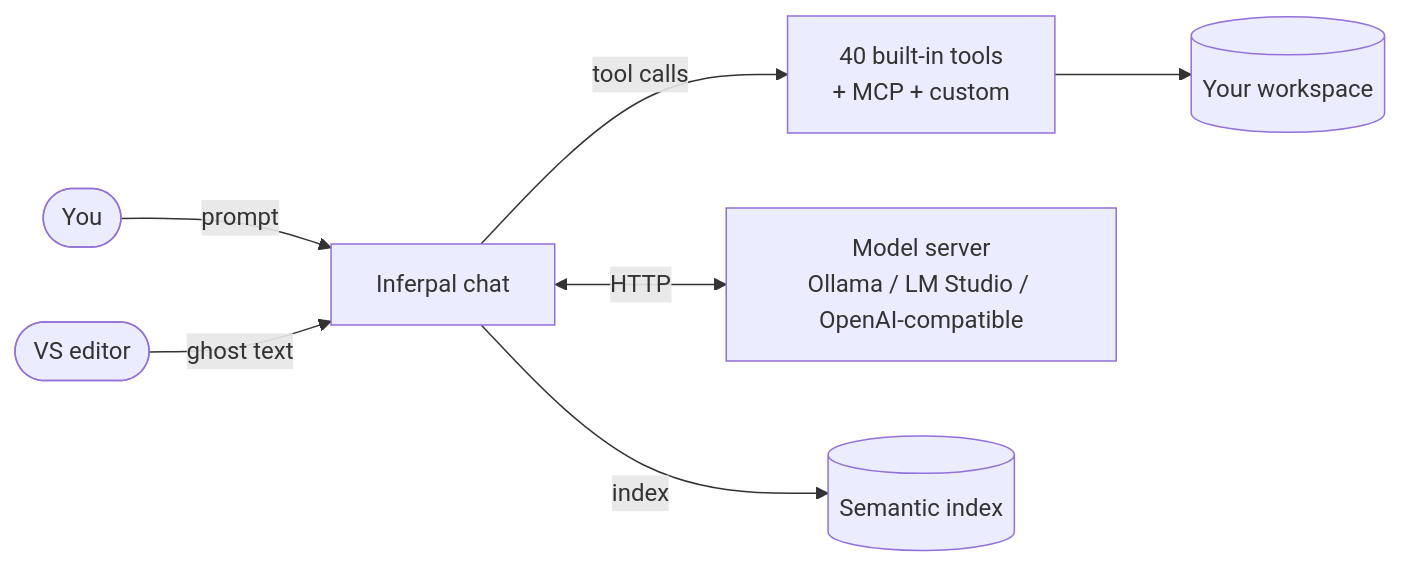
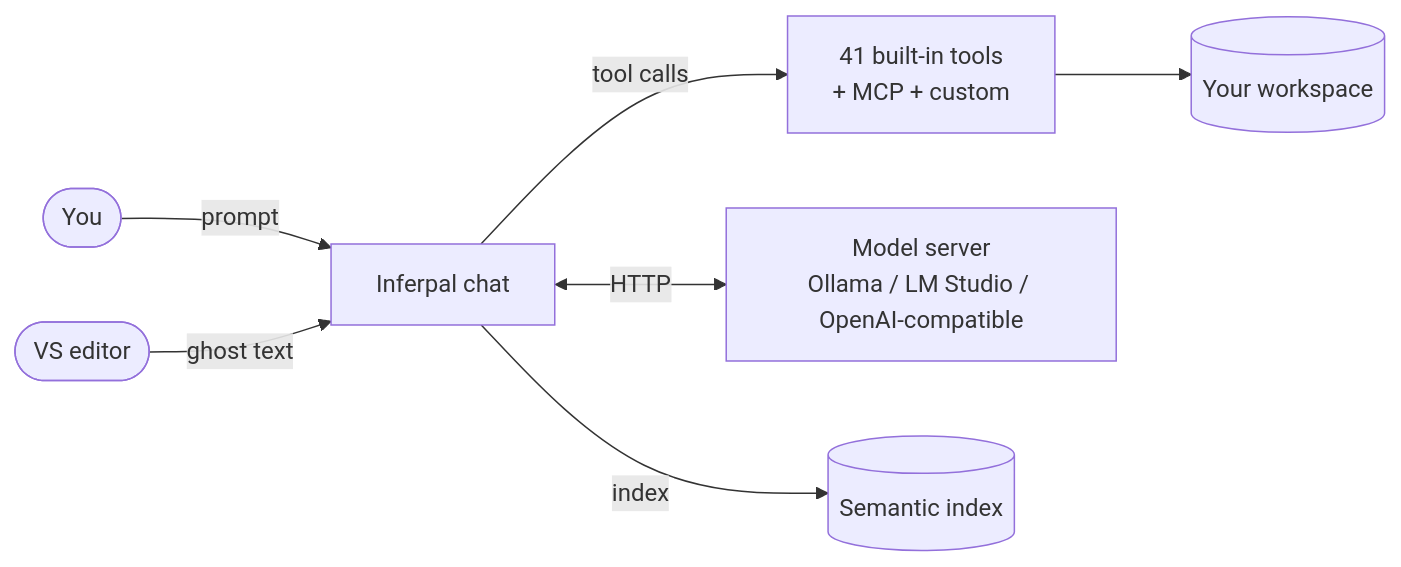
The diagram in docs/README.md (EstaxNet/Inferpal), drawn with Mermaid before and after one commit. The commit also changed other lines of this file and 32 other files, not shown here.

````diff
--- a/docs/README.md
+++ b/docs/README.md
@@ -39,9 +39,9 @@
 ```mermaid
 flowchart LR
     user([You]) -->|prompt| chat[Inferpal chat]
-    chat -->|tool calls| tools[40 built-in tools<br/>+ MCP + custom]
+    chat -->|tool calls| tools[41 built-in tools<br/>+ MCP + custom]
     chat <-->|HTTP| provider[Model server<br/>Ollama / LM Studio / OpenAI-compatible]
     tools --> ws[(Your workspace)]
     editor([VS editor]) -->|ghost text| chat
     chat -->|index| rag[(Semantic index)]
 ```
````
